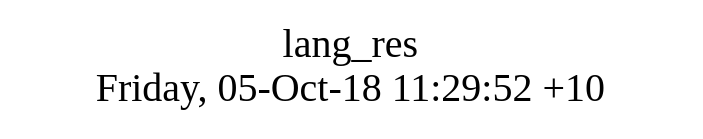
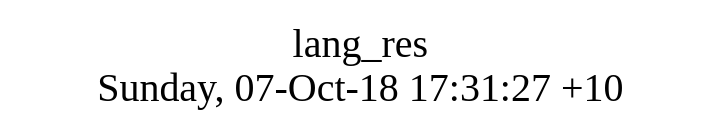
One commit to AplaProject/apps changed the diagram in src/lang_res/struct.dot. Above: the diagram before and after it, drawn with Graphviz. The commit also changed 13 other files, not shown here.

```diff
--- a/src/lang_res/struct.dot
+++ b/src/lang_res/struct.dot
@@ -1,8 +1,8 @@
 digraph G {
 fontsize="24";
-label="lang_res\nFriday, 05-Oct-18 11:29:52 +10";
+label="lang_res\nSunday, 07-Oct-18 17:31:27 +10";
 nojustify=true;
 ordering=out;
 rankdir=LR;
 size="30";
 }
```
